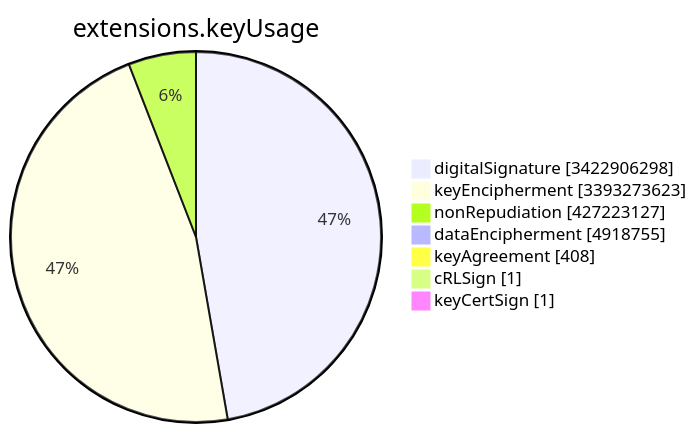
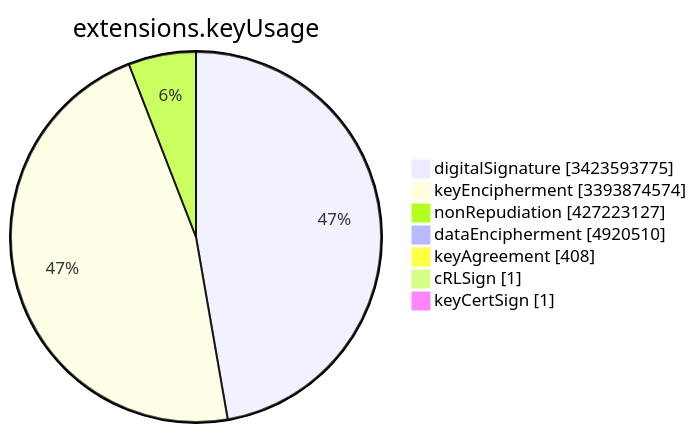
One commit to christiankrug/ctmonitor_visualization changed the sixth of 15 diagrams in TOTAL/README.md. Above: the diagram before and after it, drawn with Mermaid. The commit also changed other lines of this file, not shown here.

````diff
--- a/TOTAL/README.md
+++ b/TOTAL/README.md
@@ -3081,11 +3081,11 @@
 ```mermaid
 pie showData
 title extensions.keyUsage
-"digitalSignature" :3422906298
-"keyEncipherment" :3393273623
+"digitalSignature" :3423593775
+"keyEncipherment" :3393874574
 "nonRepudiation" :427223127
-"dataEncipherment" :4918755
+"dataEncipherment" :4920510
 "keyAgreement" :408
 "cRLSign" :1
 "keyCertSign" :1
 ```
````
